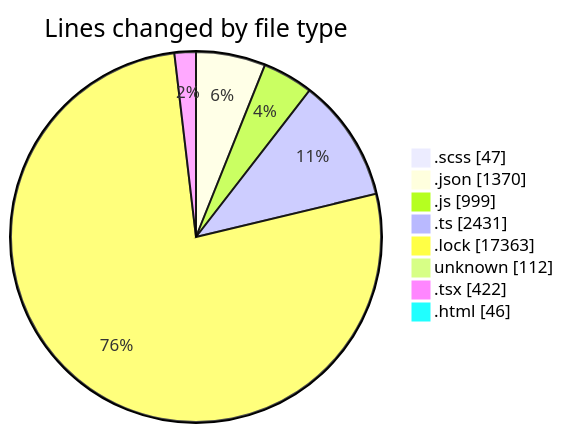
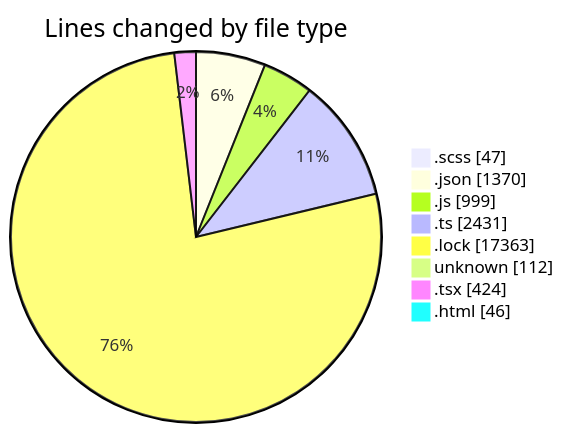
Before and after one commit to momahboobian/code-tracking: the first of 2 diagrams in 2026-04-21/cda/README.md, drawn with Mermaid. The commit also changed other lines of this file and 1 other file, not shown here.

````diff
--- a/2026-04-21/cda/README.md
+++ b/2026-04-21/cda/README.md
@@ -54,12 +54,12 @@
 ```mermaid
 pie showData
 title Lines changed by file type
 ".scss" : 47
 ".json" : 1370
 ".js" : 999
 ".ts" : 2431
 ".lock" : 17363
 "unknown" : 112
-".tsx" : 422
+".tsx" : 424
 ".html" : 46
 ```
````
